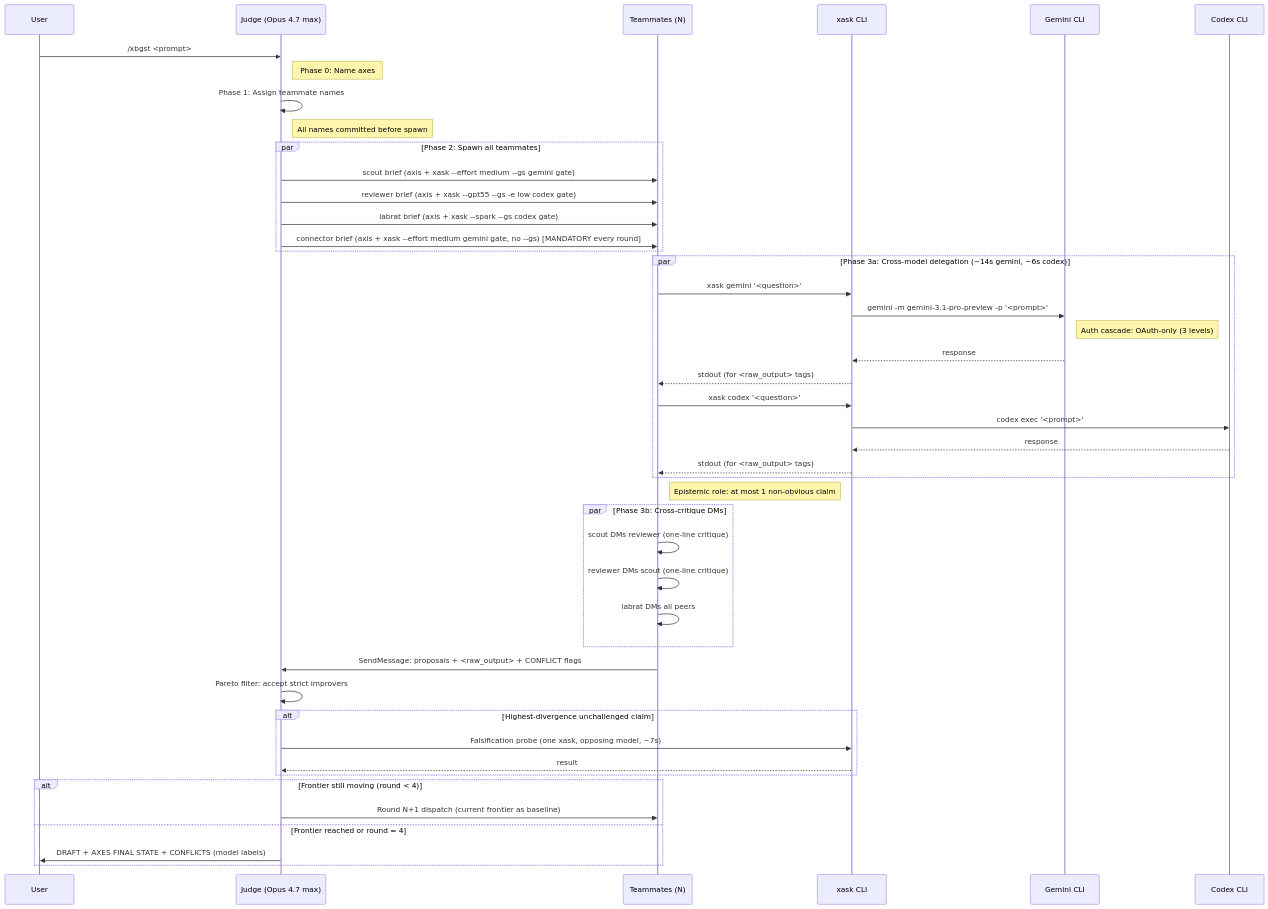
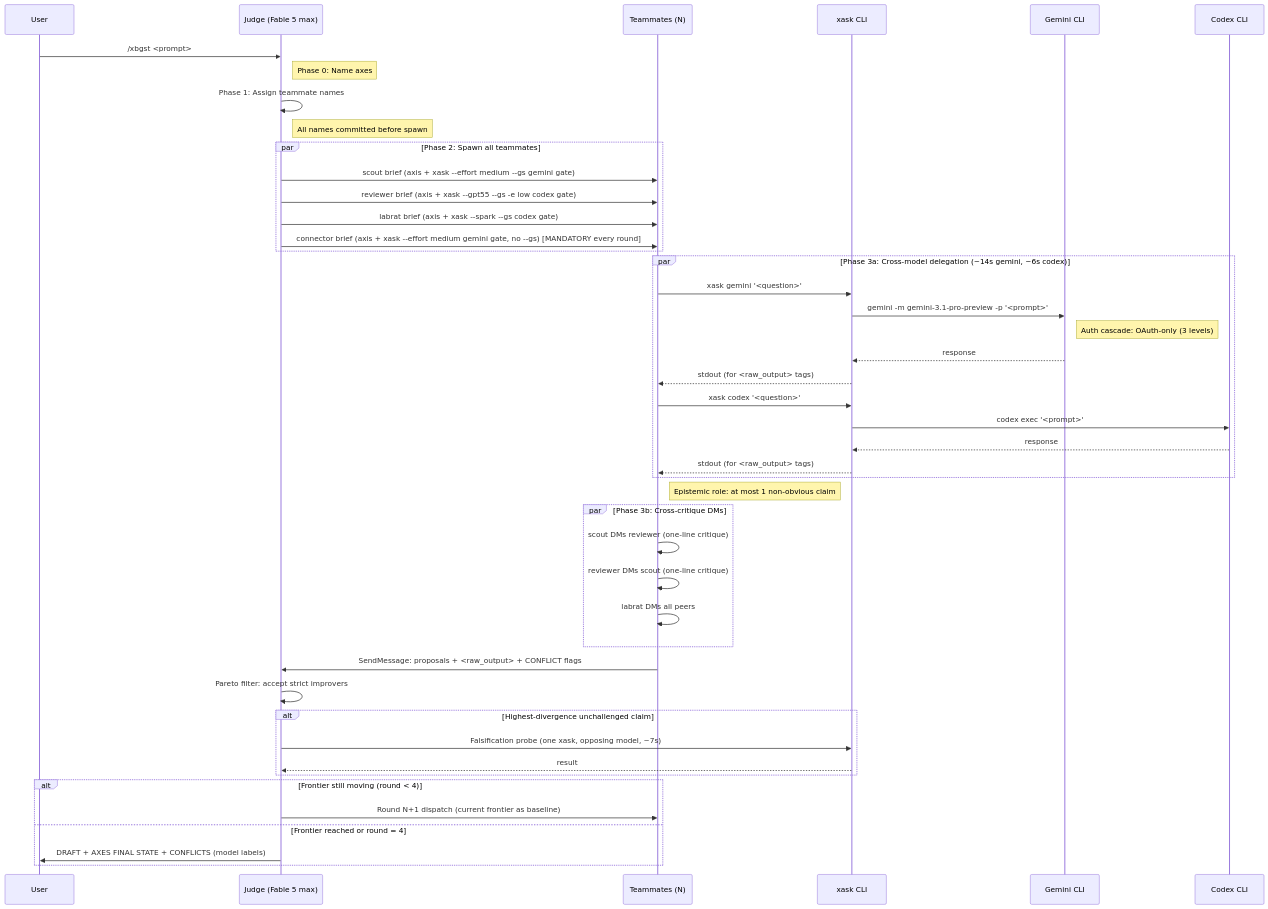
The tenth of 11 diagrams in docs/command-flows.md (VeigaPunk/xbrd-gdsp-fknpft), drawn with Mermaid before and after one commit. The commit also changed other lines of this file and 13 other files, not shown here.

First line of the commit message:
chore(models): opus 4.7 -> fable 5 rename across runtime, docs, and templates

````diff
--- a/docs/command-flows.md
+++ b/docs/command-flows.md
@@ -298,57 +298,57 @@
 ```mermaid
 sequenceDiagram
     participant U as User
-    participant J as Judge (Opus 4.7 max)
+    participant J as Judge (Fable 5 max)
     participant T as Teammates (N)
     participant X as xask CLI
     participant G as Gemini CLI
     participant C as Codex CLI
 
     U->>J: /xbgst <prompt>
     Note right of J: Phase 0: Name axes
 
     J->>J: Phase 1: Assign teammate names
     Note right of J: All names committed before spawn
 
     par Phase 2: Spawn all teammates
         J->>T: scout brief (axis + xask --effort medium --gs gemini gate)
         J->>T: reviewer brief (axis + xask --gpt55 --gs -e low codex gate)
         J->>T: labrat brief (axis + xask --spark --gs codex gate)
         J->>T: connector brief (axis + xask --effort medium gemini gate, no --gs) [MANDATORY every round]
     end
 
     par Phase 3a: Cross-model delegation (~14s gemini, ~6s codex)
         T->>X: xask gemini '<question>'
         X->>G: gemini -m gemini-3.1-pro-preview -p '<prompt>'
         Note right of G: Auth cascade: OAuth-only (3 levels)
         G-->>X: response
         X-->>T: stdout (for <raw_output> tags)
         T->>X: xask codex '<question>'
         X->>C: codex exec '<prompt>'
         C-->>X: response
         X-->>T: stdout (for <raw_output> tags)
     end
 
     Note right of T: Epistemic role: at most 1 non-obvious claim
 
     par Phase 3b: Cross-critique DMs
         T->>T: scout DMs reviewer (one-line critique)
         T->>T: reviewer DMs scout (one-line critique)
         T->>T: labrat DMs all peers
     end
 
     T->>J: SendMessage: proposals + <raw_output> + CONFLICT flags
 
     J->>J: Pareto filter: accept strict improvers
 
     alt Highest-divergence unchallenged claim
         J->>X: Falsification probe (one xask, opposing model, ~7s)
         X-->>J: result
     end
 
     alt Frontier still moving (round < 4)
         J->>T: Round N+1 dispatch (current frontier as baseline)
     else Frontier reached or round = 4
         J->>U: DRAFT + AXES FINAL STATE + CONFLICTS (model labels)
     end
 ```
````
